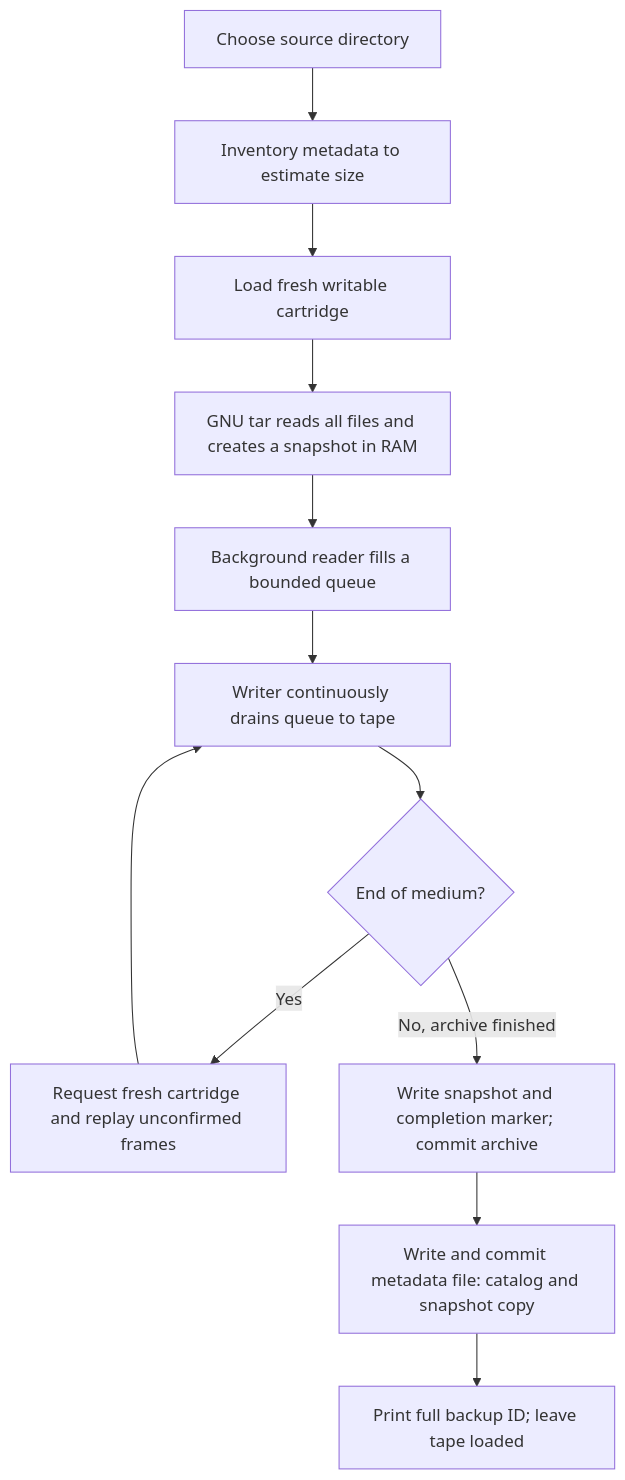
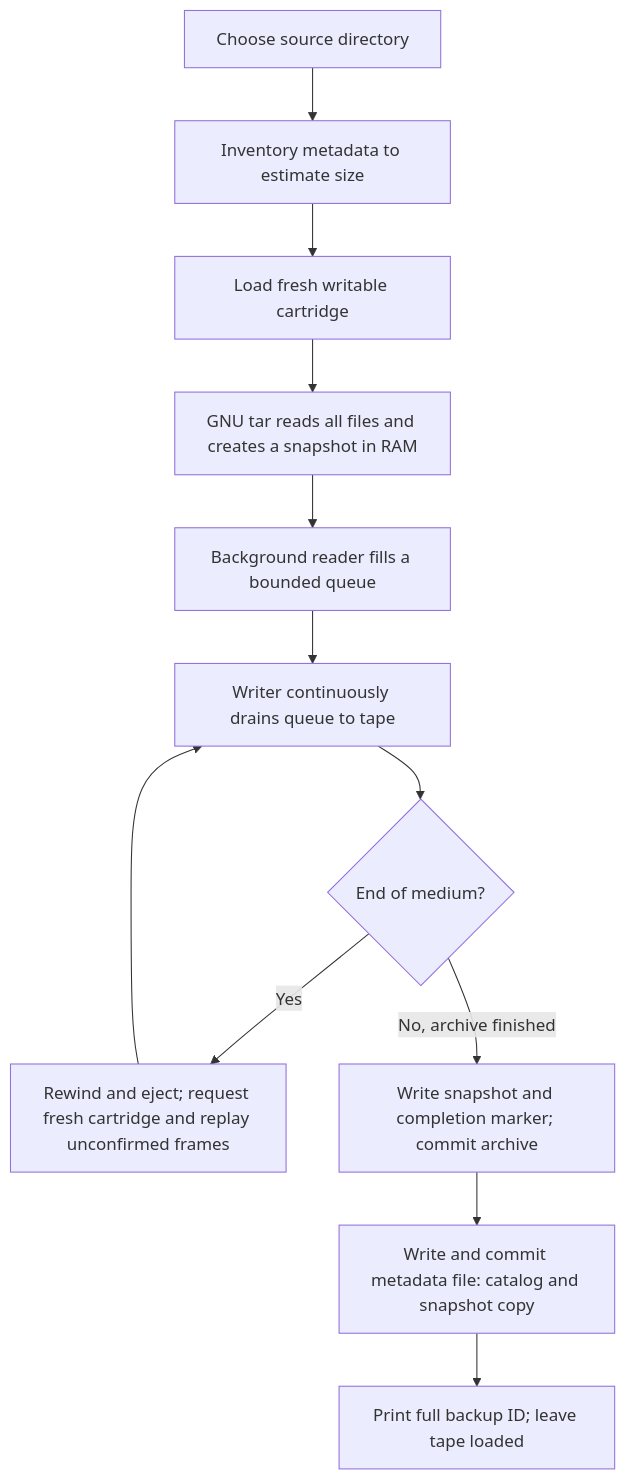
The first of 4 diagrams in README.md (lbadger/tape-backup), drawn with Mermaid before and after one commit. The commit also changed other lines of this file and 11 other files, not shown here.

````diff
--- a/README.md
+++ b/README.md
@@ -97,14 +99,14 @@
 ```mermaid
 flowchart TD
     A[Choose source directory] --> B[Inventory metadata to estimate size]
     B --> C[Load fresh writable cartridge]
     C --> D[GNU tar reads all files and creates a snapshot in RAM]
     D --> E[Background reader fills a bounded queue]
     E --> F[Writer continuously drains queue to tape]
     F --> G{End of medium?}
-    G -->|Yes| H[Request fresh cartridge and replay unconfirmed frames]
+    G -->|Yes| H[Rewind and eject; request fresh cartridge and replay unconfirmed frames]
     H --> F
     G -->|No, archive finished| I[Write snapshot and completion marker; commit archive]
     I --> J[Write and commit metadata file: catalog and snapshot copy]
     J --> K[Print full backup ID; leave tape loaded]
 ```
````
